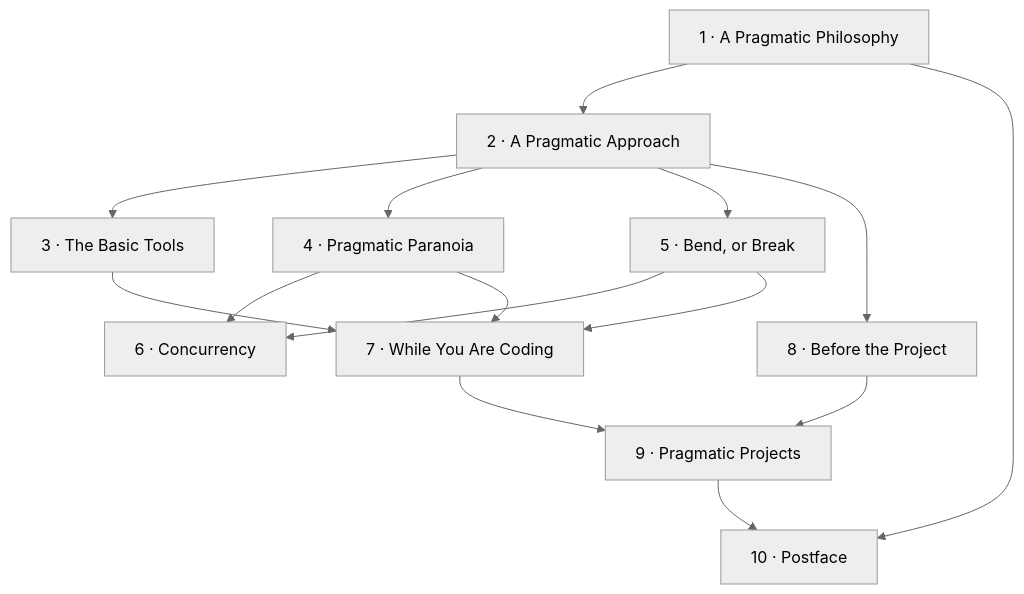
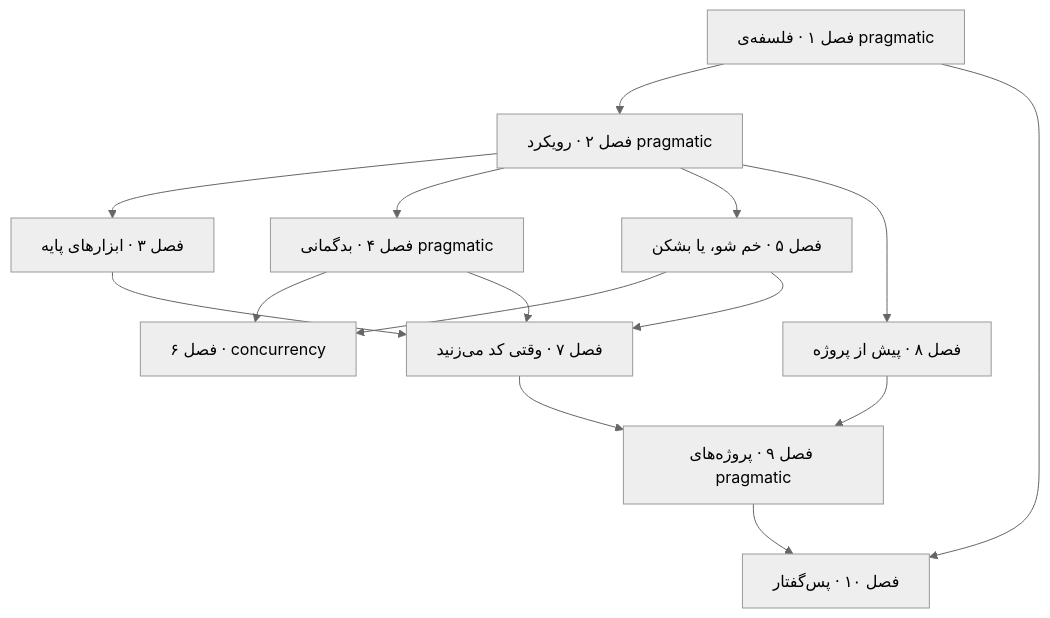
Before and after one commit to AlirezaHanifi/knowledge-vault: the diagram in books/the-pragmatic-programmer/README.md, drawn with Mermaid (neutral theme). The commit also changed other lines of this file and 49 other files, not shown here.

````diff
--- a/books/the-pragmatic-programmer/README.md
+++ b/books/the-pragmatic-programmer/README.md
@@ -50,13 +51,13 @@
 ```mermaid
 flowchart TB
-    C1["1 · A Pragmatic Philosophy"] --> C2["2 · A Pragmatic Approach"]
-    C2 --> C3["3 · The Basic Tools"]
-    C2 --> C4["4 · Pragmatic Paranoia"]
-    C2 --> C5["5 · Bend, or Break"] --> C6["6 · Concurrency"]
+    C1["فصل ۱ · فلسفه‌ی pragmatic"] --> C2["فصل ۲ · رویکرد pragmatic"]
+    C2 --> C3["فصل ۳ · ابزارهای پایه"]
+    C2 --> C4["فصل ۴ · بدگمانی pragmatic"]
+    C2 --> C5["فصل ۵ · خم شو، یا بشکن"] --> C6["فصل ۶ · concurrency"]
     C4 --> C6
-    C3 & C4 & C5 --> C7["7 · While You Are Coding"]
-    C2 --> C8["8 · Before the Project"]
-    C7 & C8 --> C9["9 · Pragmatic Projects"]
-    C1 --> C10["10 · Postface"]
+    C3 & C4 & C5 --> C7["فصل ۷ · وقتی کد می‌زنید"]
+    C2 --> C8["فصل ۸ · پیش از پروژه"]
+    C7 & C8 --> C9["فصل ۹ · پروژه‌های pragmatic"]
+    C1 --> C10["فصل ۱۰ · پس‌گفتار"]
     C9 --> C10
 ```
````
